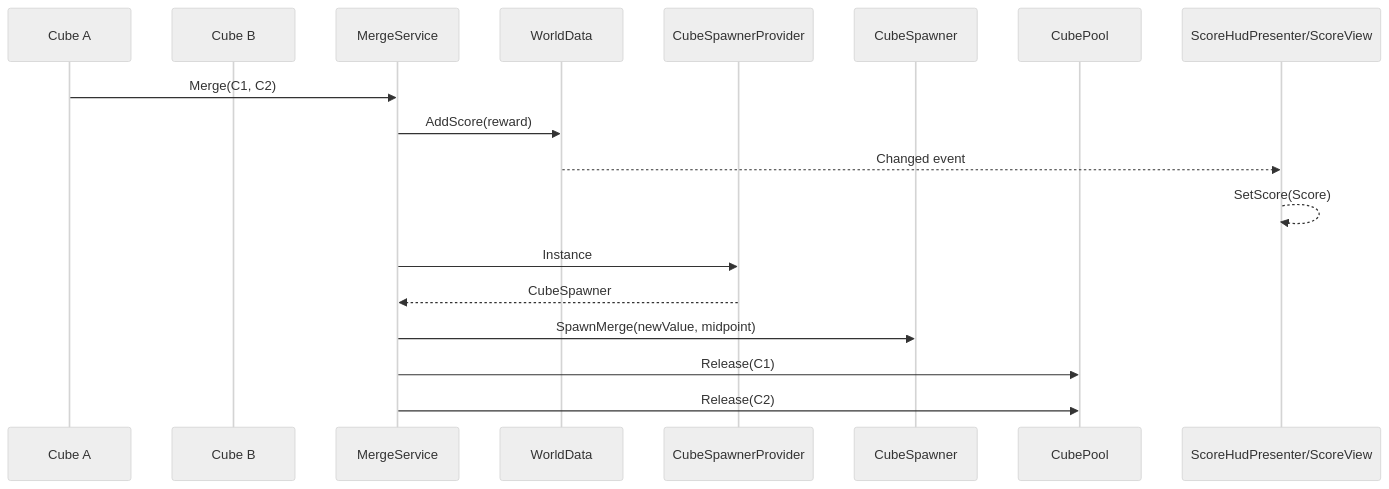
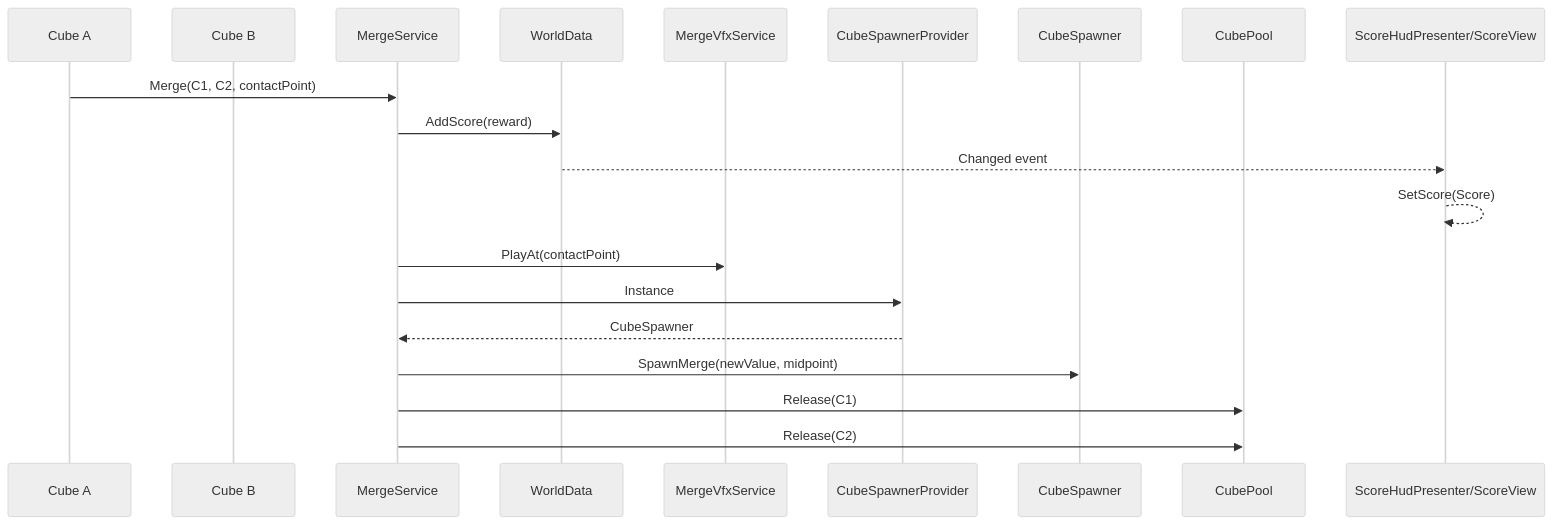
One commit to Olsney/2048 changed the fourth of 6 diagrams in src/2048/ARCHITECTURE.md. Above: the diagram before and after it, drawn with Mermaid (neutral theme). The commit also changed other lines of this file and 17 other files, not shown here.

Commit message:
Add vfx logic with uniTask when merge

````diff
--- a/src/2048/ARCHITECTURE.md
+++ b/src/2048/ARCHITECTURE.md
@@ -464,23 +468,25 @@
 ```mermaid
 sequenceDiagram
     participant C1 as Cube A
     participant C2 as Cube B
     participant MS as MergeService
     participant WD as WorldData
+    participant MVS as MergeVfxService
     participant CSP as CubeSpawnerProvider
     participant CS as CubeSpawner
     participant CP as CubePool
     participant UI as ScoreHudPresenter/ScoreView
 
-    C1->>MS: Merge(C1, C2)
+    C1->>MS: Merge(C1, C2, contactPoint)
     MS->>WD: AddScore(reward)
     WD-->>UI: Changed event
     UI-->>UI: SetScore(Score)
 
+    MS->>MVS: PlayAt(contactPoint)
     MS->>CSP: Instance
     CSP-->>MS: CubeSpawner
     MS->>CS: SpawnMerge(newValue, midpoint)
 
     MS->>CP: Release(C1)
     MS->>CP: Release(C2)
 ```
````
